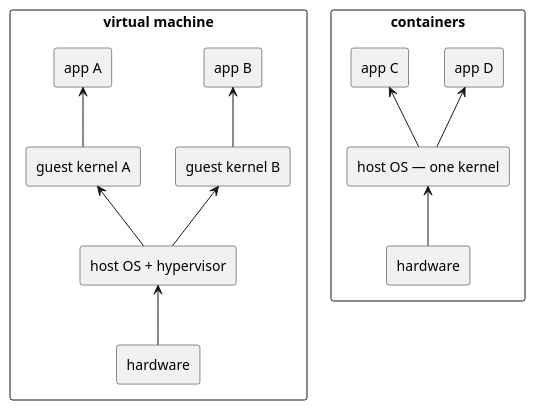
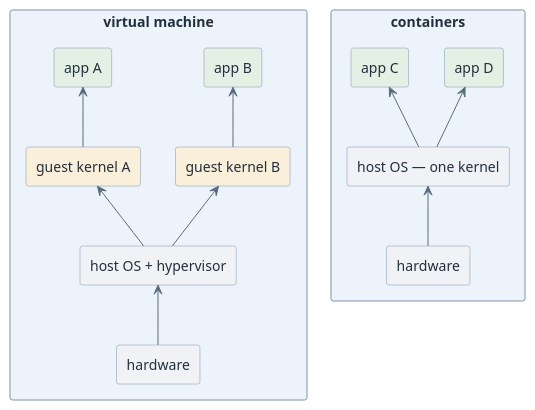
Before and after one commit to htl-leonding-college/curriculum-syp3: the second of 2 diagrams in modules/docker-basics/index.adoc, drawn with PlantUML. The commit also changed other lines of this file and 65 other files, not shown here.

First line of the commit message:
feat(site): give the diagrams a semantic pastel palette

```diff
--- a/modules/docker-basics/index.adoc
+++ b/modules/docker-basics/index.adoc
@@ -140,32 +142,35 @@
 [plantuml,vm-vs-container,svg]
 ----
 @startuml
-skinparam monochrome true
+<style>
+element { BackgroundColor #EDF3FA; LineColor #7C93AD; FontColor #21303F }
+arrow { LineColor #5A6B7D; FontColor #21303F }
+</style>
 skinparam shadowing false
 skinparam defaultFontName Helvetica
 
 rectangle "virtual machine" {
-  rectangle "hardware" as H1
-  rectangle "host OS + hypervisor" as O1
-  rectangle "guest kernel A" as K1
-  rectangle "guest kernel B" as K2
-  rectangle "app A" as A1
-  rectangle "app B" as A2
+  rectangle "hardware" as H1 #F0F2F5
+  rectangle "host OS + hypervisor" as O1 #F0F2F5
+  rectangle "guest kernel A" as K1 #FAF0D9
+  rectangle "guest kernel B" as K2 #FAF0D9
+  rectangle "app A" as A1 #E4F0E4
+  rectangle "app B" as A2 #E4F0E4
   H1 -up-> O1
   O1 -up-> K1
   O1 -up-> K2
   K1 -up-> A1
   K2 -up-> A2
 }
 
 rectangle "containers" {
-  rectangle "hardware" as H2
-  rectangle "host OS — one kernel" as O2
-  rectangle "app C" as A3
-  rectangle "app D" as A4
+  rectangle "hardware" as H2 #F0F2F5
+  rectangle "host OS — one kernel" as O2 #F0F2F5
+  rectangle "app C" as A3 #E4F0E4
+  rectangle "app D" as A4 #E4F0E4
   H2 -up-> O2
   O2 -up-> A3
   O2 -up-> A4
 }
 @enduml
 ----
```
